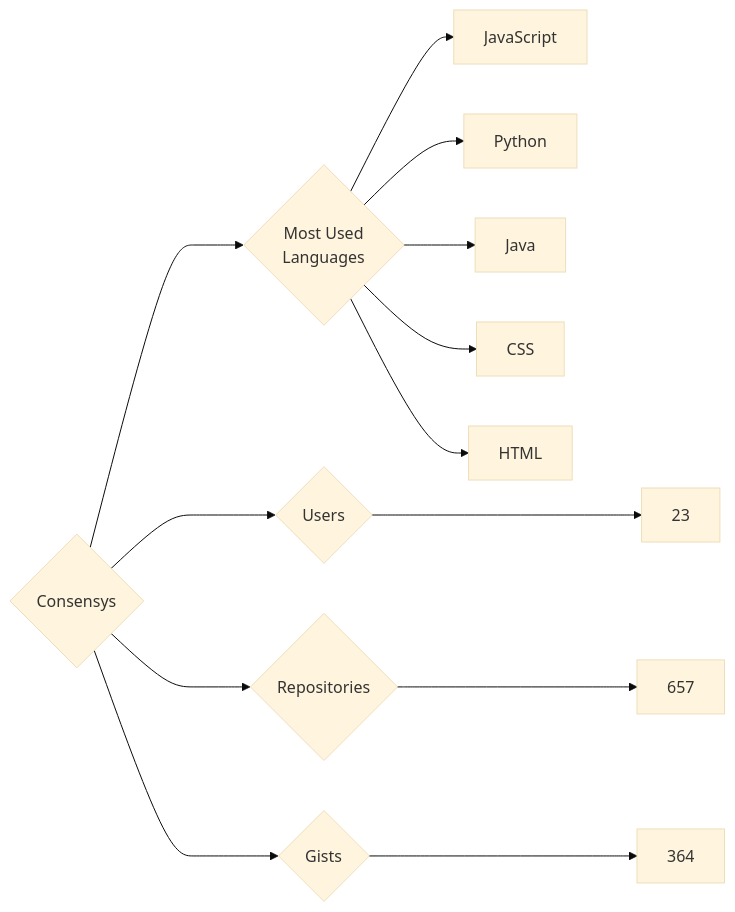
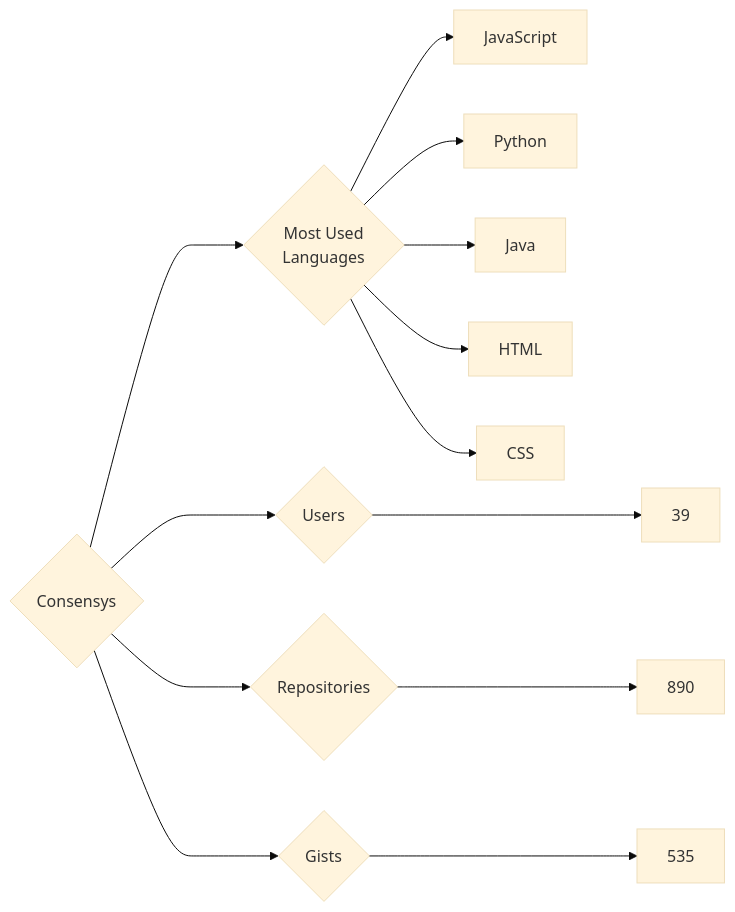
One commit to trickest/insiders changed the diagram in targets/Consensys/README.md. Above: the diagram before and after it, drawn with Mermaid (base theme). The commit also changed 594 other files, not shown here.

````diff
--- a/targets/Consensys/README.md
+++ b/targets/Consensys/README.md
@@ -3,13 +3,13 @@
 ```mermaid
 graph LR
 COMPANY_NAME{Consensys}
-COMPANY_NAME ---> U{Users} ---> UN[23]
-COMPANY_NAME ---> R{Repositories} ---> RN[657]
-COMPANY_NAME ---> G{Gists} ---> GN[364]
+COMPANY_NAME ---> U{Users} ---> UN[39]
+COMPANY_NAME ---> R{Repositories} ---> RN[890]
+COMPANY_NAME ---> G{Gists} ---> GN[535]
 COMPANY_NAME ---> ML{Most Used<br>Languages}
 ML --> JavaScript[JavaScript]
 ML --> Python[Python]
 ML --> Java[Java]
+ML --> HTML[HTML]
 ML --> CSS[CSS]
-ML --> HTML[HTML]
 ```
````
